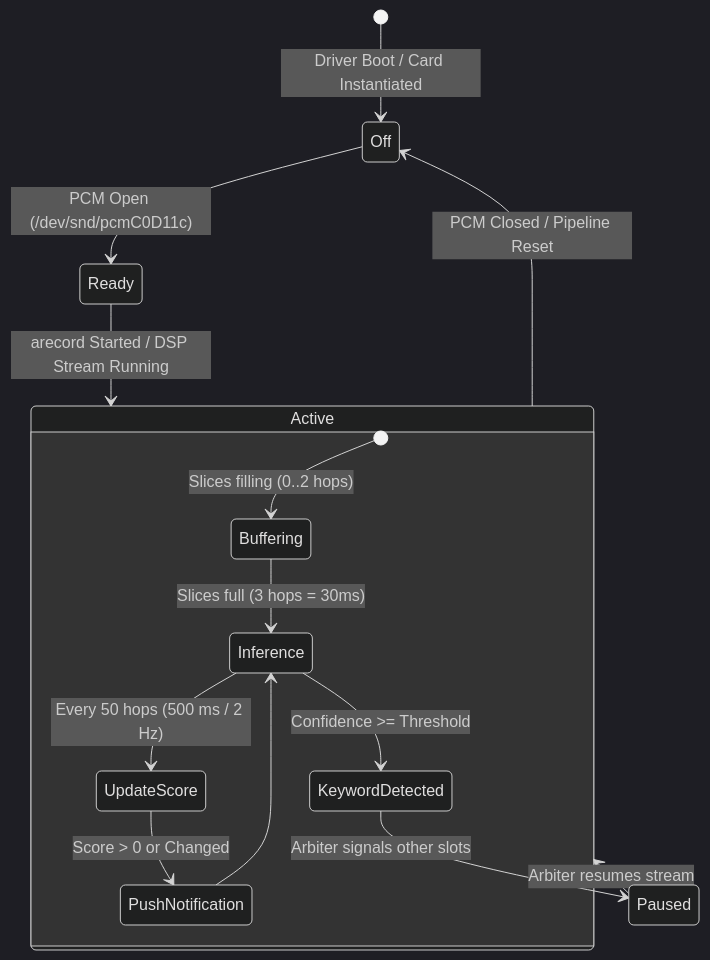
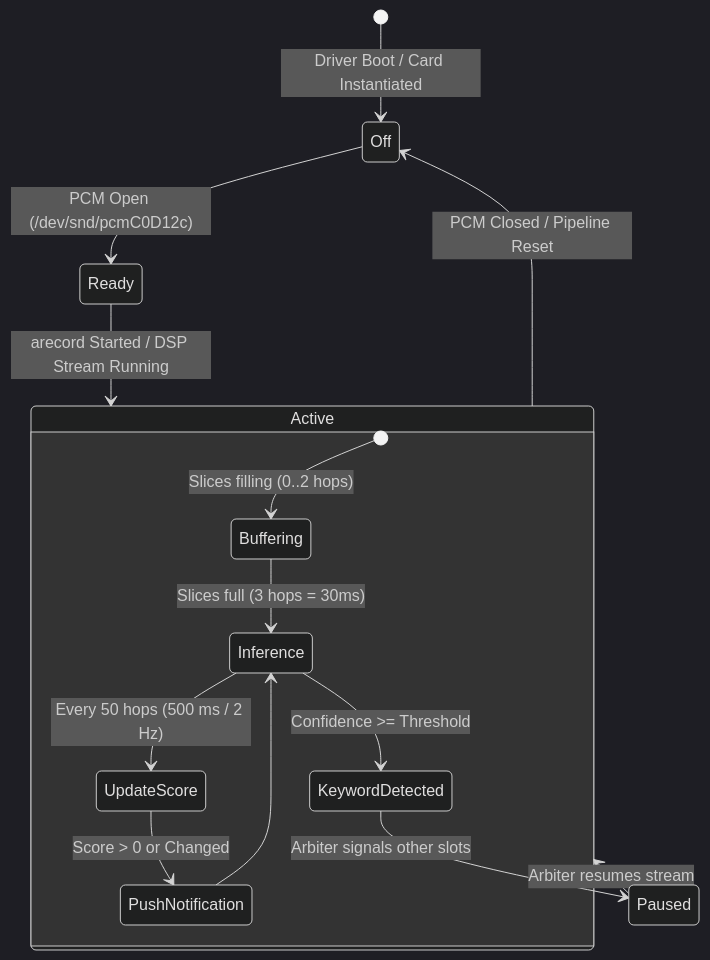
Before and after one commit to thesofproject/sof: the third of 4 diagrams in doc/developer_guides/wov_ecns_integration_guide.md, drawn with Mermaid (dark theme). The commit also changed other lines of this file and 20 other files, not shown here.

````diff
--- a/doc/developer_guides/wov_ecns_integration_guide.md
+++ b/doc/developer_guides/wov_ecns_integration_guide.md
@@ -536,19 +551,19 @@
 ```mermaid
 stateDiagram-v2
     [*] --> Off: Driver Boot / Card Instantiated
-    Off --> Ready: PCM Open (/dev/snd/pcmC0D11c)
+    Off --> Ready: PCM Open (/dev/snd/pcmC0D12c)
     Ready --> Active: arecord Started / DSP Stream Running
 
     state Active {
         [*] --> Buffering: Slices filling (0..2 hops)
         Buffering --> Inference: Slices full (3 hops = 30ms)
         Inference --> UpdateScore: Every 50 hops (500 ms / 2 Hz)
         UpdateScore --> PushNotification: Score > 0 or Changed
         PushNotification --> Inference
         Inference --> KeywordDetected: Confidence >= Threshold
     }
 
     KeywordDetected --> Paused: Arbiter signals other slots
     Paused --> Active: Arbiter resumes stream
     Active --> Off: PCM Closed / Pipeline Reset
 ```
````
